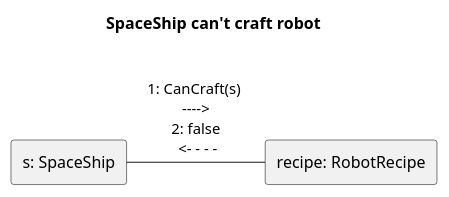
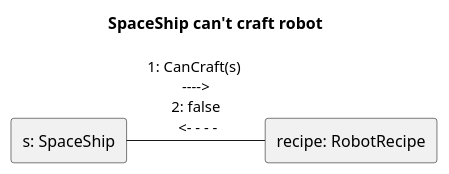
The diagram in docs/Skeleton/diagrams/Craft_robot/comm/4.CantCraft_robot.puml (viseguard-studios/Documentation), drawn with PlantUML before and after one commit. The commit also changed 16 other files, not shown here.

```diff
--- a/docs/Skeleton/diagrams/Craft_robot/comm/4.CantCraft_robot.puml
+++ b/docs/Skeleton/diagrams/Craft_robot/comm/4.CantCraft_robot.puml
@@ -1,10 +1,10 @@
 @startuml
-rectangle “s: SpaceShip” as s
-rectangle “recipe: RobotRecipe” as recipe
+rectangle "s: SpaceShip" as s
+rectangle "recipe: RobotRecipe" as recipe
 
-title SpaceShip can't craft robot \n 
+title SpaceShip can't craft robot 
 
 s -right- recipe: 1: CanCraft(s) \n ----> \n 2: false \n <- - - -  
 
 
 @enduml
```
